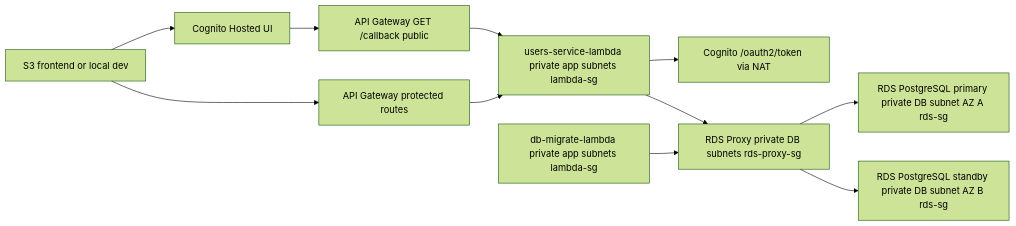
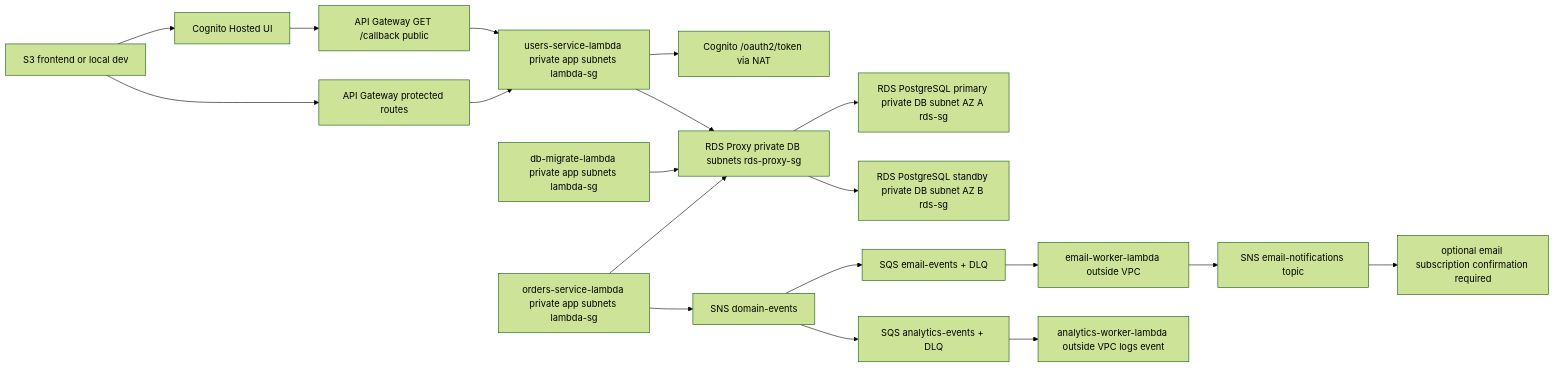
Before and after one commit to MateoBD/Abricot-be: the diagram in infra/README.md, drawn with Mermaid (forest theme). The commit also changed other lines of this file and 14 other files, not shown here.

Commit message:
Feat: SQS/SNS & Reservations FIx

````diff
--- a/infra/README.md
+++ b/infra/README.md
@@ -55,13 +71,21 @@
 ```mermaid
 flowchart LR
   Frontend["S3 frontend or local dev"] --> Cognito["Cognito Hosted UI"]
   Cognito --> Callback["API Gateway GET /callback public"]
   Callback --> UsersLambda["users-service-lambda private app subnets lambda-sg"]
   UsersLambda --> Token["Cognito /oauth2/token via NAT"]
   Frontend --> ApiProtected["API Gateway protected routes"]
   ApiProtected --> UsersLambda
   UsersLambda --> Proxy["RDS Proxy private DB subnets rds-proxy-sg"]
   DbMigrate["db-migrate-lambda private app subnets lambda-sg"] --> Proxy
   Proxy --> RdsPrimary["RDS PostgreSQL primary private DB subnet AZ A rds-sg"]
   Proxy --> RdsStandby["RDS PostgreSQL standby private DB subnet AZ B rds-sg"]
+  UsersOrder["orders-service-lambda private app subnets lambda-sg"] --> Proxy
+  UsersOrder --> DomainEvents["SNS domain-events"]
+  DomainEvents --> EmailQueue["SQS email-events + DLQ"]
+  DomainEvents --> AnalyticsQueue["SQS analytics-events + DLQ"]
+  EmailQueue --> EmailWorker["email-worker-lambda outside VPC"]
+  EmailWorker --> EmailTopic["SNS email-notifications topic"]
+  EmailTopic --> EmailSub["optional email subscription confirmation required"]
+  AnalyticsQueue --> AnalyticsWorker["analytics-worker-lambda outside VPC logs event"]
 ```
````
